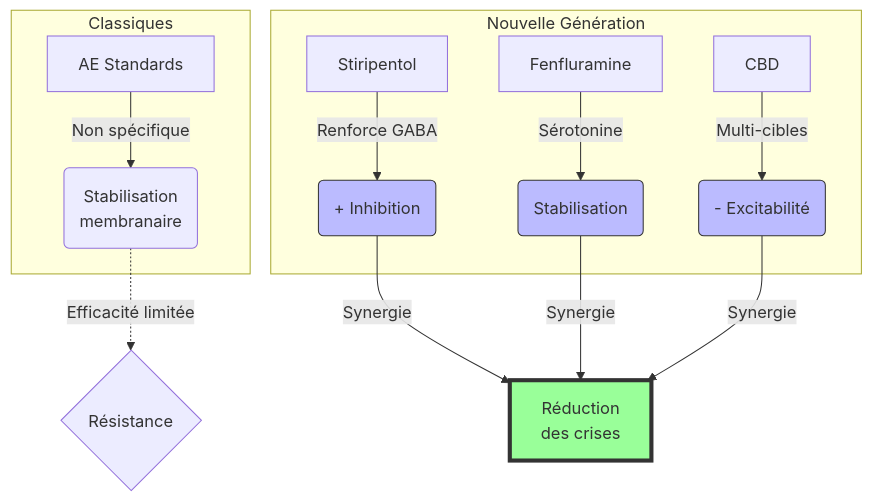
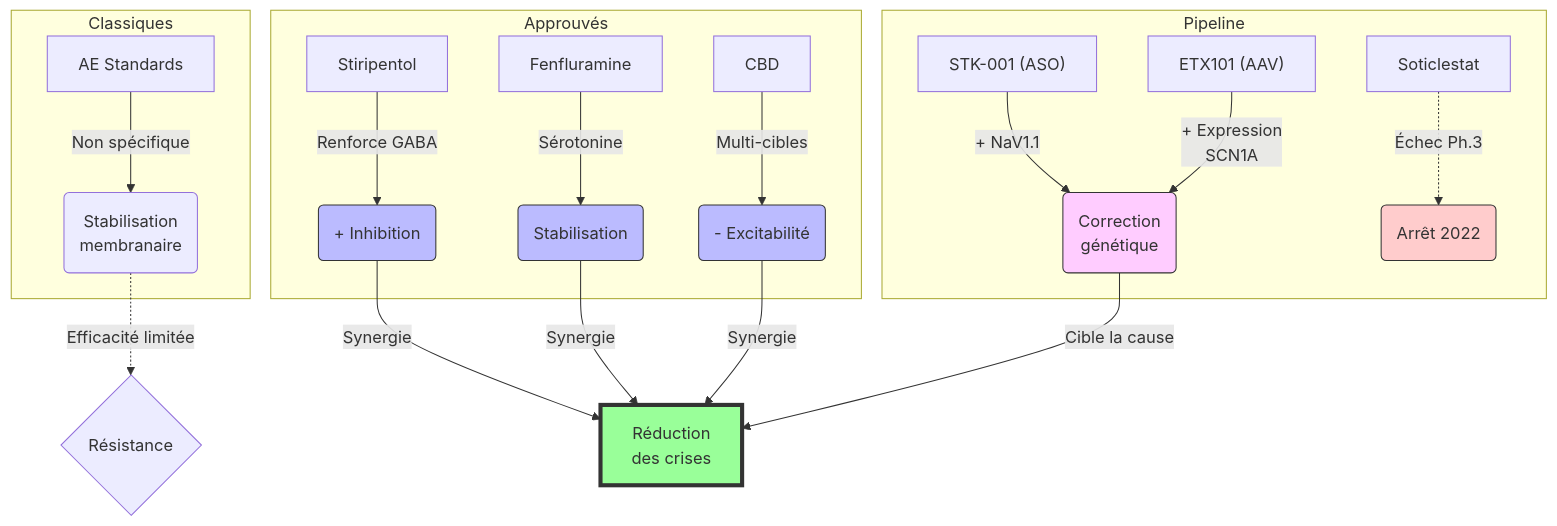
One commit to popul/book-dravet changed the diagram in chapitres/chapitre_08.md. Above: the diagram before and after it, drawn with Mermaid. The commit also changed other lines of this file and 19 other files, not shown here.

````diff
--- a/chapitres/chapitre_08.md
+++ b/chapitres/chapitre_08.md
@@ -46,20 +85,29 @@
 ```mermaid
 graph TD
     subgraph "Classiques"
     A["AE Standards"] -->|Non spécifique| B("Stabilisation<br/>membranaire")
     end
 
-    subgraph "Nouvelle Génération"
+    subgraph "Approuvés"
     C["Stiripentol"] -->|Renforce GABA| D("+ Inhibition")
     E["Fenfluramine"] -->|Sérotonine| F("Stabilisation")
     G["CBD"] -->|Multi-cibles| H("- Excitabilité")
     end
 
+    subgraph "Pipeline"
+    K["STK-001 (ASO)"] -->|+ NaV1.1| L("Correction<br/>génétique")
+    M["ETX101 (AAV)"] -->|+ Expression<br/>SCN1A| L
+    N["Soticlestat"] -.->|Échec Ph.3| O("Arrêt 2022")
+    end
+
     B -.->|Efficacité limitée| I{"Résistance"}
     D & F & H -->|Synergie| J["Réduction<br/>des crises"]
+    L -->|Cible la cause| J
 
     style D fill:#bbf,stroke:#333
     style F fill:#bbf,stroke:#333
     style H fill:#bbf,stroke:#333
+    style L fill:#fcf,stroke:#333
+    style O fill:#fcc,stroke:#333
     style J fill:#9f9,stroke:#333,stroke-width:4px
 ```
````
